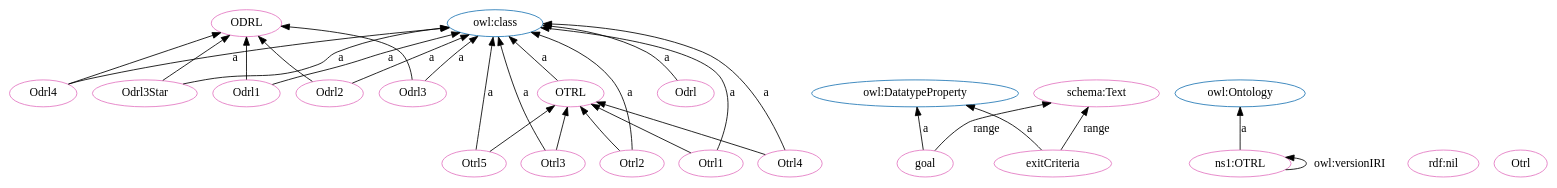
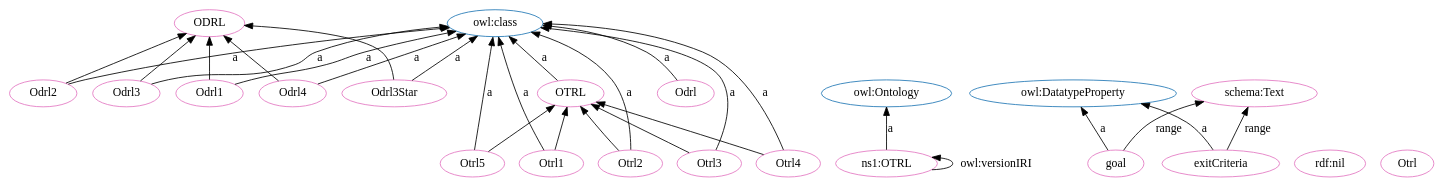
Before and after one commit to OPEN-NEXT/OKH-LOSH: the diagram in OTRL.dot, drawn with Graphviz. The commit also changed other lines of this file and 15 other files, not shown here.

```diff
--- a/OTRL.dot
+++ b/OTRL.dot
@@ -1,56 +1,56 @@
 digraph G {
   rankdir=BT
   node[height=.3]
 "http://purl.org/oseg/ontologies/OTRL#OTRL" [fillcolor="#1f77b4" color="#1f77b4" label="OTRL"]
+"http://www.w3.org/2002/07/owl#Ontology" [fillcolor="#1f77b4" color="#1f77b4" label="owl:Ontology"]
 "http://www.w3.org/2002/07/owl#class" [fillcolor="#1f77b4" color="#1f77b4" label="owl:class"]
+"http://www.w3.org/2002/07/owl#DatatypeProperty" [fillcolor="#1f77b4" color="#1f77b4" label="owl:DatatypeProperty"]
 "http://purl.org/oseg/ontologies/OTRL#ODRL" [fillcolor="#1f77b4" color="#1f77b4" label="ODRL"]
-"http://www.w3.org/2002/07/owl#DatatypeProperty" [fillcolor="#1f77b4" color="#1f77b4" label="owl:DatatypeProperty"]
-"http://www.w3.org/2002/07/owl#Ontology" [fillcolor="#1f77b4" color="#1f77b4" label="owl:Ontology"]
+"http://purl.org/oseg/ontologies/OTRL" [fillcolor="#e377c2" color="#e377c2" label="ns1:OTRL"]
+"http://schema.org/Text" [fillcolor="#e377c2" color="#e377c2" label="schema:Text"]
+"http://purl.org/oseg/ontologies/OTRL#OTRL" [fillcolor="#e377c2" color="#e377c2" label="OTRL"]
+"http://purl.org/oseg/ontologies/OTRL#ODRL" [fillcolor="#e377c2" color="#e377c2" label="ODRL"]
+"http://purl.org/oseg/ontologies/OTRL#Odrl3" [fillcolor="#e377c2" color="#e377c2" label="Odrl3"]
 "http://www.w3.org/1999/02/22-rdf-syntax-ns#nil" [fillcolor="#e377c2" color="#e377c2" label="rdf:nil"]
-"http://purl.org/oseg/ontologies/OTRL#OTRL" [fillcolor="#e377c2" color="#e377c2" label="OTRL"]
-"http://purl.org/oseg/ontologies/OTRL#Odrl3Star" [fillcolor="#e377c2" color="#e377c2" label="Odrl3Star"]
 "http://purl.org/oseg/ontologies/OTRL#Otrl2" [fillcolor="#e377c2" color="#e377c2" label="Otrl2"]
+"http://purl.org/oseg/ontologies/OTRL#Odrl2" [fillcolor="#e377c2" color="#e377c2" label="Odrl2"]
 "http://purl.org/oseg/ontologies/OTRL#goal" [fillcolor="#e377c2" color="#e377c2" label="goal"]
-"http://purl.org/oseg/ontologies/OTRL#ODRL" [fillcolor="#e377c2" color="#e377c2" label="ODRL"]
 "http://purl.org/oseg/ontologies/OTRL#Odrl" [fillcolor="#e377c2" color="#e377c2" label="Odrl"]
 "http://purl.org/oseg/ontologies/OTRL#Odrl4" [fillcolor="#e377c2" color="#e377c2" label="Odrl4"]
-"http://schema.org/Text" [fillcolor="#e377c2" color="#e377c2" label="schema:Text"]
-"http://purl.org/oseg/ontologies/OTRL" [fillcolor="#e377c2" color="#e377c2" label="ns1:OTRL"]
+"http://purl.org/oseg/ontologies/OTRL#Otrl1" [fillcolor="#e377c2" color="#e377c2" label="Otrl1"]
+"http://purl.org/oseg/ontologies/OTRL#Otrl4" [fillcolor="#e377c2" color="#e377c2" label="Otrl4"]
+"http://purl.org/oseg/ontologies/OTRL#Otrl" [fillcolor="#e377c2" color="#e377c2" label="Otrl"]
+"http://purl.org/oseg/ontologies/OTRL#Odrl1" [fillcolor="#e377c2" color="#e377c2" label="Odrl1"]
+"http://purl.org/oseg/ontologies/OTRL#Otrl5" [fillcolor="#e377c2" color="#e377c2" label="Otrl5"]
 "http://purl.org/oseg/ontologies/OTRL#exitCriteria" [fillcolor="#e377c2" color="#e377c2" label="exitCriteria"]
-"http://purl.org/oseg/ontologies/OTRL#Odrl2" [fillcolor="#e377c2" color="#e377c2" label="Odrl2"]
+"http://purl.org/oseg/ontologies/OTRL#Odrl3Star" [fillcolor="#e377c2" color="#e377c2" label="Odrl3Star"]
 "http://purl.org/oseg/ontologies/OTRL#Otrl3" [fillcolor="#e377c2" color="#e377c2" label="Otrl3"]
-"http://purl.org/oseg/ontologies/OTRL#Odrl3" [fillcolor="#e377c2" color="#e377c2" label="Odrl3"]
-"http://purl.org/oseg/ontologies/OTRL#Otrl4" [fillcolor="#e377c2" color="#e377c2" label="Otrl4"]
-"http://purl.org/oseg/ontologies/OTRL#Otrl5" [fillcolor="#e377c2" color="#e377c2" label="Otrl5"]
-"http://purl.org/oseg/ontologies/OTRL#Odrl1" [fillcolor="#e377c2" color="#e377c2" label="Odrl1"]
-"http://purl.org/oseg/ontologies/OTRL#Otrl" [fillcolor="#e377c2" color="#e377c2" label="Otrl"]
-"http://purl.org/oseg/ontologies/OTRL#Otrl1" [fillcolor="#e377c2" color="#e377c2" label="Otrl1"]
+  "http://purl.org/oseg/ontologies/OTRL" -> "http://www.w3.org/2002/07/owl#Ontology" [label="a"]
+  "http://purl.org/oseg/ontologies/OTRL" -> "http://purl.org/oseg/ontologies/OTRL" [label="owl:versionIRI"]
+  "http://purl.org/oseg/ontologies/OTRL#Odrl3" -> "http://www.w3.org/2002/07/owl#class" [label="a"]
+  "http://purl.org/oseg/ontologies/OTRL#OTRL" -> "http://www.w3.org/2002/07/owl#class" [label="a"]
+  "http://purl.org/oseg/ontologies/OTRL#Otrl1" -> "http://www.w3.org/2002/07/owl#class" [label="a"]
+  "http://purl.org/oseg/ontologies/OTRL#Otrl4" -> "http://www.w3.org/2002/07/owl#class" [label="a"]
+  "http://purl.org/oseg/ontologies/OTRL#Otrl1" -> "http://purl.org/oseg/ontologies/OTRL#OTRL" [label=""]
+  "http://purl.org/oseg/ontologies/OTRL#Otrl3" -> "http://www.w3.org/2002/07/owl#class" [label="a"]
+  "http://purl.org/oseg/ontologies/OTRL#Odrl4" -> "http://purl.org/oseg/ontologies/OTRL#ODRL" [label=""]
+  "http://purl.org/oseg/ontologies/OTRL#Odrl" -> "http://www.w3.org/2002/07/owl#class" [label="a"]
+  "http://purl.org/oseg/ontologies/OTRL#goal" -> "http://schema.org/Text" [label="range"]
+  "http://purl.org/oseg/ontologies/OTRL#Otrl4" -> "http://purl.org/oseg/ontologies/OTRL#OTRL" [label=""]
+  "http://purl.org/oseg/ontologies/OTRL#Odrl2" -> "http://purl.org/oseg/ontologies/OTRL#ODRL" [label=""]
   "http://purl.org/oseg/ontologies/OTRL#Otrl2" -> "http://www.w3.org/2002/07/owl#class" [label="a"]
+  "http://purl.org/oseg/ontologies/OTRL#Odrl2" -> "http://www.w3.org/2002/07/owl#class" [label="a"]
   "http://purl.org/oseg/ontologies/OTRL#goal" -> "http://www.w3.org/2002/07/owl#DatatypeProperty" [label="a"]
+  "http://purl.org/oseg/ontologies/OTRL#exitCriteria" -> "http://schema.org/Text" [label="range"]
+  "http://purl.org/oseg/ontologies/OTRL#Otrl3" -> "http://purl.org/oseg/ontologies/OTRL#OTRL" [label=""]
+  "http://purl.org/oseg/ontologies/OTRL#Odrl4" -> "http://www.w3.org/2002/07/owl#class" [label="a"]
+  "http://purl.org/oseg/ontologies/OTRL#Odrl1" -> "http://purl.org/oseg/ontologies/OTRL#ODRL" [label=""]
+  "http://purl.org/oseg/ontologies/OTRL#Otrl2" -> "http://purl.org/oseg/ontologies/OTRL#OTRL" [label=""]
+  "http://purl.org/oseg/ontologies/OTRL#Odrl1" -> "http://www.w3.org/2002/07/owl#class" [label="a"]
+  "http://purl.org/oseg/ontologies/OTRL#Otrl5" -> "http://www.w3.org/2002/07/owl#class" [label="a"]
+  "http://purl.org/oseg/ontologies/OTRL#Odrl3Star" -> "http://purl.org/oseg/ontologies/OTRL#ODRL" [label=""]
+  "http://purl.org/oseg/ontologies/OTRL#exitCriteria" -> "http://www.w3.org/2002/07/owl#DatatypeProperty" [label="a"]
   "http://purl.org/oseg/ontologies/OTRL#Odrl3" -> "http://purl.org/oseg/ontologies/OTRL#ODRL" [label=""]
-  "http://purl.org/oseg/ontologies/OTRL#OTRL" -> "http://www.w3.org/2002/07/owl#class" [label="a"]
-  "http://purl.org/oseg/ontologies/OTRL" -> "http://purl.org/oseg/ontologies/OTRL" [label="owl:versionIRI"]
-  "http://purl.org/oseg/ontologies/OTRL#exitCriteria" -> "http://www.w3.org/2002/07/owl#DatatypeProperty" [label="a"]
-  "http://purl.org/oseg/ontologies/OTRL#Otrl2" -> "http://purl.org/oseg/ontologies/OTRL#OTRL" [label=""]
-  "http://purl.org/oseg/ontologies/OTRL#goal" -> "http://schema.org/Text" [label="range"]
-  "http://purl.org/oseg/ontologies/OTRL#Otrl3" -> "http://www.w3.org/2002/07/owl#class" [label="a"]
-  "http://purl.org/oseg/ontologies/OTRL#Odrl3" -> "http://www.w3.org/2002/07/owl#class" [label="a"]
-  "http://purl.org/oseg/ontologies/OTRL#Otrl4" -> "http://purl.org/oseg/ontologies/OTRL#OTRL" [label=""]
-  "http://purl.org/oseg/ontologies/OTRL" -> "http://www.w3.org/2002/07/owl#Ontology" [label="a"]
-  "http://purl.org/oseg/ontologies/OTRL#Otrl1" -> "http://purl.org/oseg/ontologies/OTRL#OTRL" [label=""]
-  "http://purl.org/oseg/ontologies/OTRL#Otrl5" -> "http://www.w3.org/2002/07/owl#class" [label="a"]
-  "http://purl.org/oseg/ontologies/OTRL#Odrl1" -> "http://purl.org/oseg/ontologies/OTRL#ODRL" [label=""]
-  "http://purl.org/oseg/ontologies/OTRL#Odrl4" -> "http://purl.org/oseg/ontologies/OTRL#ODRL" [label=""]
-  "http://purl.org/oseg/ontologies/OTRL#Otrl3" -> "http://purl.org/oseg/ontologies/OTRL#OTRL" [label=""]
   "http://purl.org/oseg/ontologies/OTRL#Odrl3Star" -> "http://www.w3.org/2002/07/owl#class" [label="a"]
-  "http://purl.org/oseg/ontologies/OTRL#Odrl4" -> "http://www.w3.org/2002/07/owl#class" [label="a"]
-  "http://purl.org/oseg/ontologies/OTRL#exitCriteria" -> "http://schema.org/Text" [label="range"]
-  "http://purl.org/oseg/ontologies/OTRL#Odrl" -> "http://www.w3.org/2002/07/owl#class" [label="a"]
-  "http://purl.org/oseg/ontologies/OTRL#Odrl2" -> "http://www.w3.org/2002/07/owl#class" [label="a"]
   "http://purl.org/oseg/ontologies/OTRL#Otrl5" -> "http://purl.org/oseg/ontologies/OTRL#OTRL" [label=""]
-  "http://purl.org/oseg/ontologies/OTRL#Otrl4" -> "http://www.w3.org/2002/07/owl#class" [label="a"]
-  "http://purl.org/oseg/ontologies/OTRL#Odrl1" -> "http://www.w3.org/2002/07/owl#class" [label="a"]
-  "http://purl.org/oseg/ontologies/OTRL#Odrl3Star" -> "http://purl.org/oseg/ontologies/OTRL#ODRL" [label=""]
-  "http://purl.org/oseg/ontologies/OTRL#Otrl1" -> "http://www.w3.org/2002/07/owl#class" [label="a"]
-  "http://purl.org/oseg/ontologies/OTRL#Odrl2" -> "http://purl.org/oseg/ontologies/OTRL#ODRL" [label=""]
 }
```
